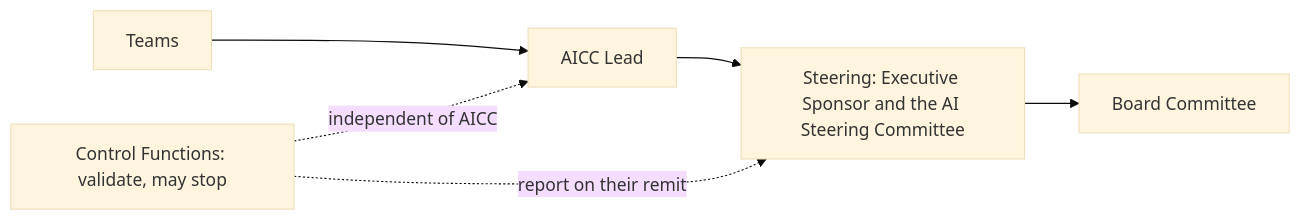
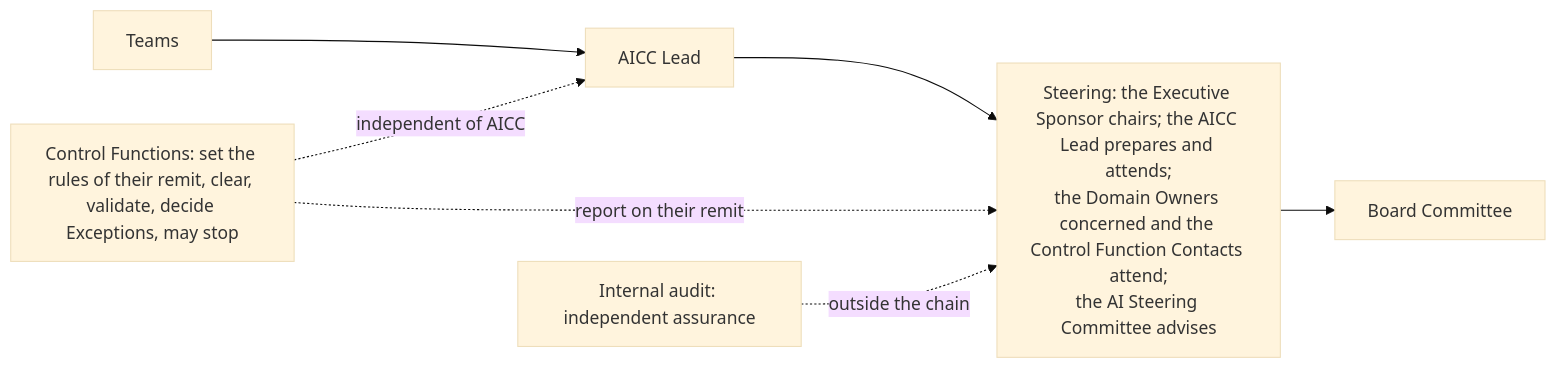
Before and after one commit to devhogu/ob-aicc: the fifth of 6 diagrams in charter/workflows/unit-governance.md, drawn with Mermaid (base theme). The commit also changed other lines of this file and 455 other files, not shown here.

First line of the commit message:
Charter and Registry at revision 2.0: the documents carry what the portal states by intent (DR-2026-062)

````diff
--- a/charter/workflows/unit-governance.md
+++ b/charter/workflows/unit-governance.md
@@ -148,6 +150,7 @@
 ```mermaid
 flowchart LR
-  T["Teams"] --> L["AICC Lead"] --> S["Steering: Executive Sponsor and the AI Steering Committee"] --> B["Board Committee"]
-  CF["Control Functions: validate, may stop"] -.->|"independent of AICC"| L
+  T["Teams"] --> L["AICC Lead"] --> S["Steering: the Executive Sponsor chairs; the AICC Lead prepares and attends;<br/>the Domain Owners concerned and the Control Function Contacts attend;<br/>the AI Steering Committee advises"] --> B["Board Committee"]
+  CF["Control Functions: set the rules of their remit, clear, validate, decide Exceptions, may stop"] -.->|"independent of AICC"| L
   CF -.->|"report on their remit"| S
+  IA["Internal audit: independent assurance"] -.->|"outside the chain"| S
 ```
````
